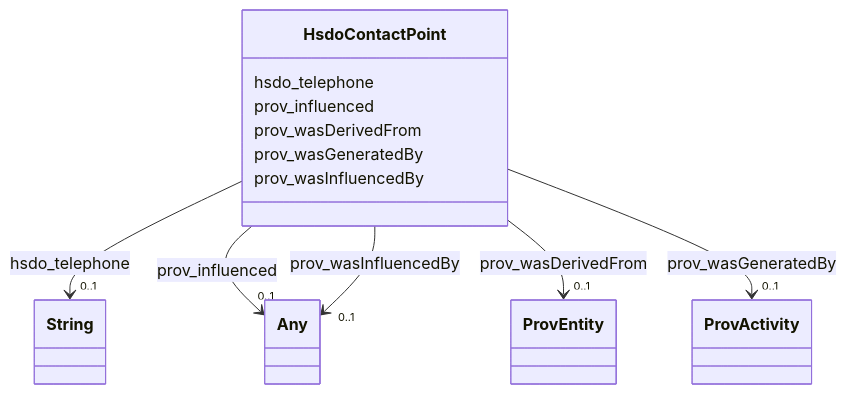
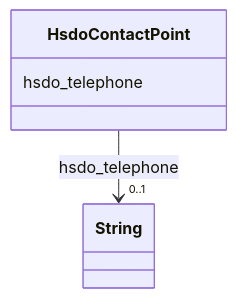
The diagram in dream-kg/classes/HsdoContactPoint.md (frink-okn/graph-descriptions), drawn with Mermaid before and after one commit. The commit also changed other lines of this file and 47 other files, not shown here.

````diff
--- a/dream-kg/classes/HsdoContactPoint.md
+++ b/dream-kg/classes/HsdoContactPoint.md
@@ -19,51 +19,15 @@
 ```mermaid
  classDiagram
     class HsdoContactPoint
     click HsdoContactPoint href "../HsdoContactPoint"
       HsdoContactPoint : hsdo_telephone
         
           
     
     
     HsdoContactPoint --> "0..1" String : hsdo_telephone
     click String href "../String"
 
         
-      HsdoContactPoint : prov_influenced
-        
-          
-    
-    
-    HsdoContactPoint --> "0..1" Any : prov_influenced
-    click Any href "../Any"
-
-        
-      HsdoContactPoint : prov_wasDerivedFrom
-        
-          
-    
-    
-    HsdoContactPoint --> "0..1" ProvEntity : prov_wasDerivedFrom
-    click ProvEntity href "../ProvEntity"
-
-        
-      HsdoContactPoint : prov_wasGeneratedBy
-        
-          
-    
-    
-    HsdoContactPoint --> "0..1" ProvActivity : prov_wasGeneratedBy
-    click ProvActivity href "../ProvActivity"
-
-        
-      HsdoContactPoint : prov_wasInfluencedBy
-        
-          
-    
-    
-    HsdoContactPoint --> "0..1" Any : prov_wasInfluencedBy
-    click Any href "../Any"
-
-        
       
 ```
````
